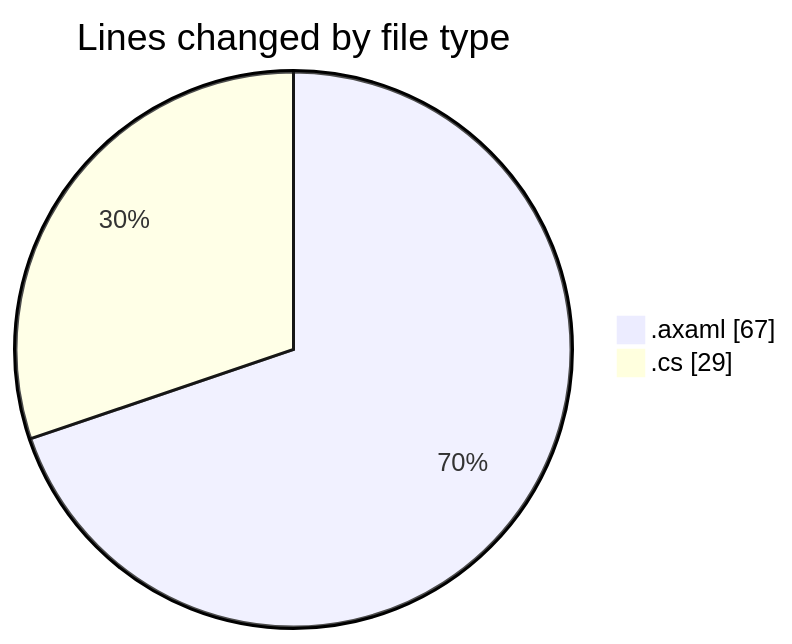
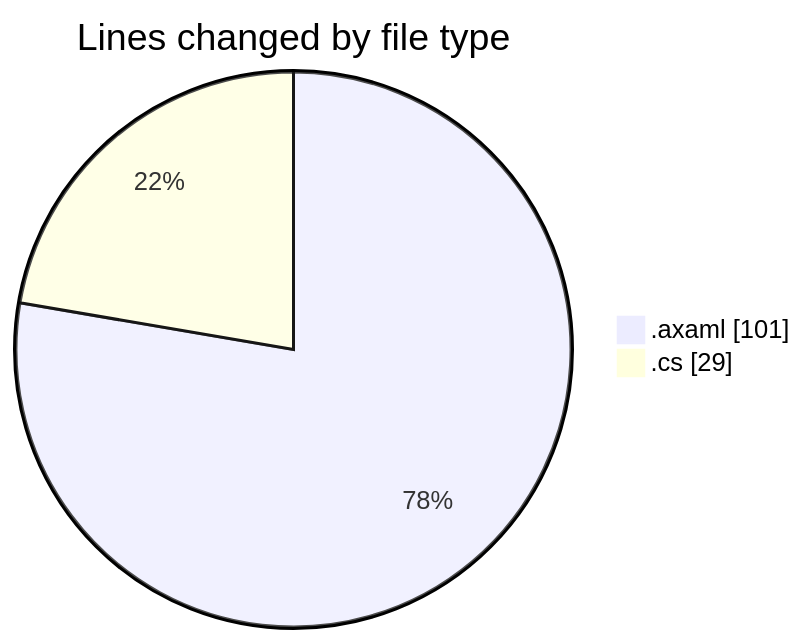
The first of 2 diagrams in 2025-10-30/skintrack/README.md (Netris89/code-tracking), drawn with Mermaid before and after one commit. The commit also changed other lines of this file and 1 other file, not shown here.

````diff
--- a/2025-10-30/skintrack/README.md
+++ b/2025-10-30/skintrack/README.md
@@ -21,6 +21,6 @@
 ```mermaid
 pie showData
 title Lines changed by file type
-".axaml" : 67
+".axaml" : 101
 ".cs" : 29
 ```
````
